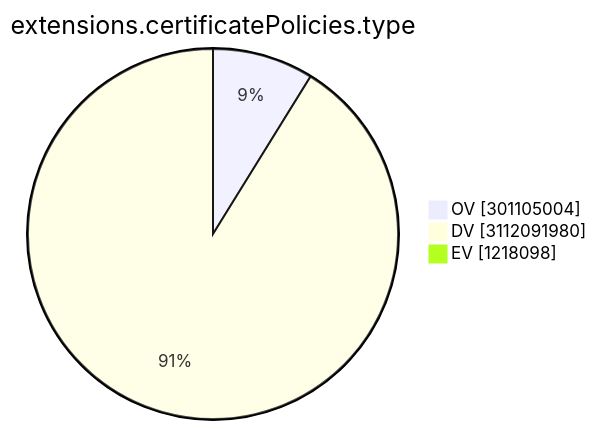
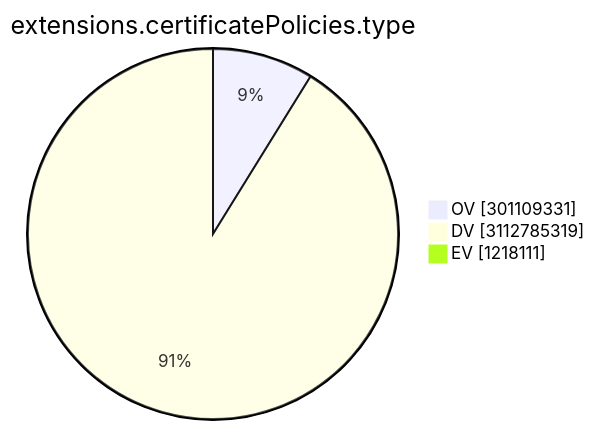
One commit to christiankrug/ctmonitor_visualization changed the ninth of 15 diagrams in TOTAL/README.md. Above: the diagram before and after it, drawn with Mermaid. The commit also changed other lines of this file, not shown here.

````diff
--- a/TOTAL/README.md
+++ b/TOTAL/README.md
@@ -3103,7 +3103,7 @@
 ```mermaid
 pie showData
 title extensions.certificatePolicies.type
-"OV" :301105004
-"DV" :3112091980
-"EV" :1218098
+"OV" :301109331
+"DV" :3112785319
+"EV" :1218111
 ```
````
